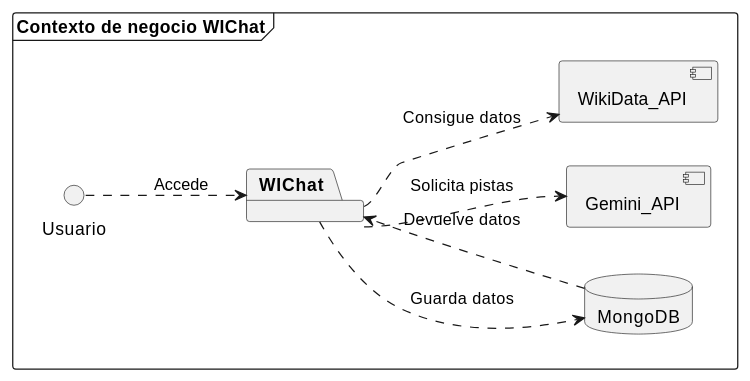
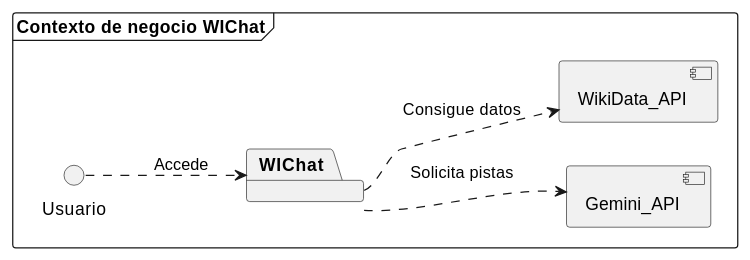
One commit to Arquisoft/wichat_es5a changed the first of 2 diagrams in docs/src/03_context_and_scope.adoc. Above: the diagram before and after it, drawn with PlantUML. The commit also changed other lines of this file and 14 other files, not shown here.

```diff
--- a/docs/src/03_context_and_scope.adoc
+++ b/docs/src/03_context_and_scope.adoc
@@ -56,19 +11,15 @@
 [plantuml, "Contexto de negocio WIChat", png]
 ----
 left to right direction
 frame "Contexto de negocio WIChat" {
-    database "MongoDB" {
-    }
     [Gemini_API]
     [WikiData_API]
     
     package "WIChat" {
     }
     
     Usuario ..> WIChat : Accede
-    WIChat ..> MongoDB : Guarda datos
-    MongoDB ..> WIChat : Devuelve datos
     WIChat ..> Gemini_API : Solicita pistas
     WIChat ..> WikiData_API : Consigue datos
 }
 ----
```
